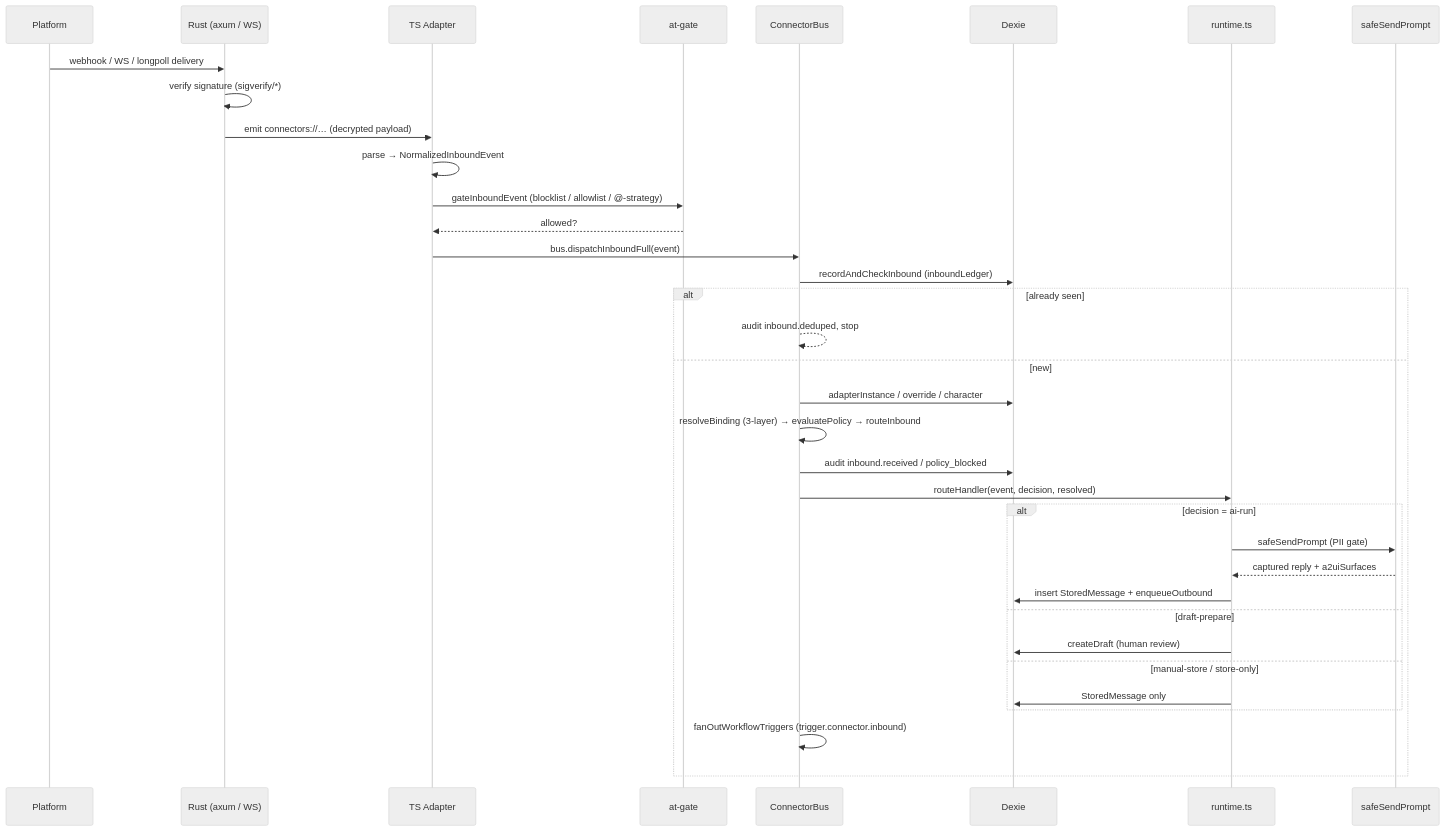
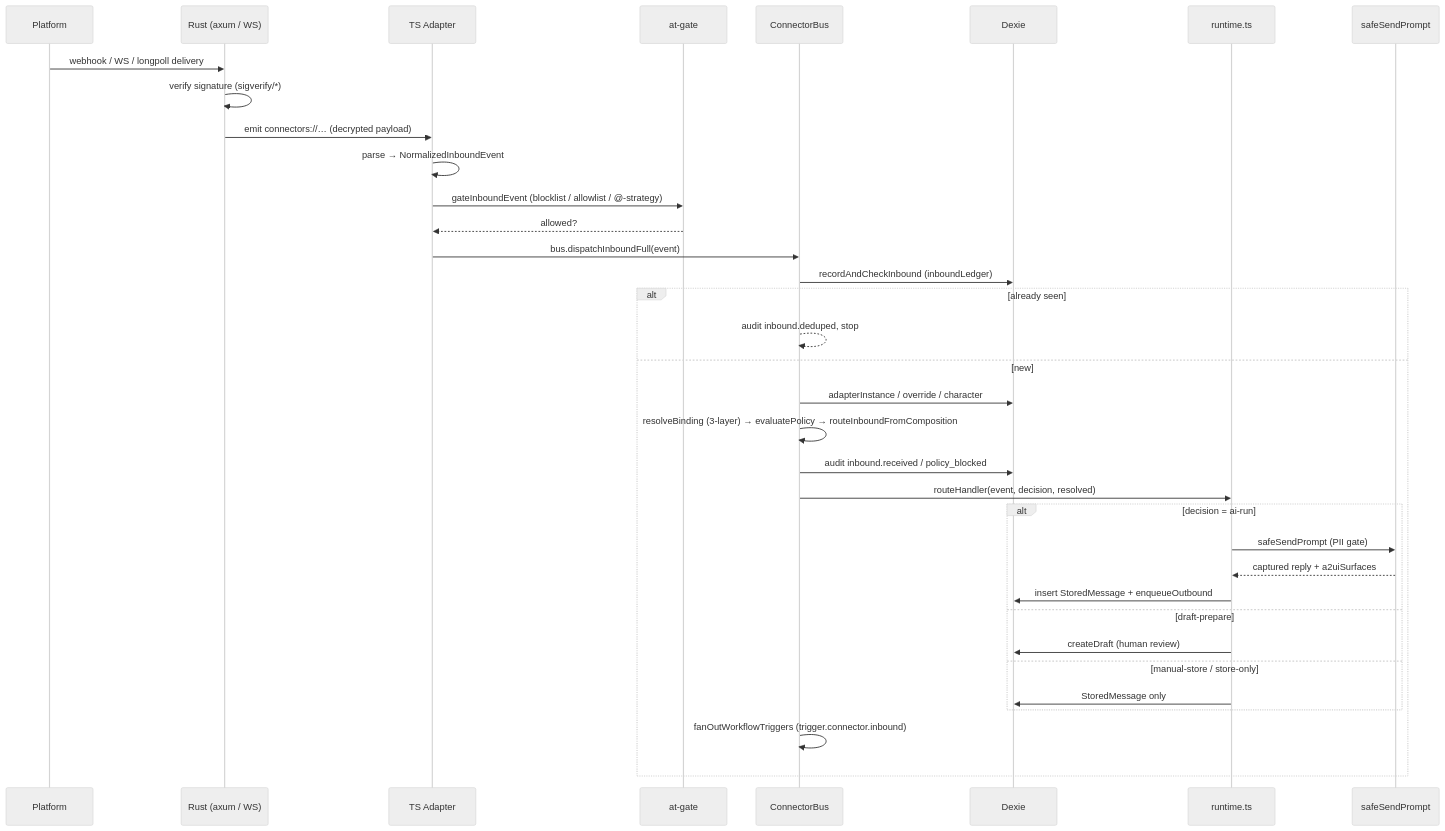
Before and after one commit to MaxQian888/cognia-next: the second of 3 diagrams in docs/content/docs/en/subsystems/platform-connectors/index.mdx, drawn with Mermaid (neutral theme). The commit also changed 14 other files, not shown here.

````diff
--- a/docs/content/docs/en/subsystems/platform-connectors/index.mdx
+++ b/docs/content/docs/en/subsystems/platform-connectors/index.mdx
@@ -155,38 +155,38 @@
 ```mermaid
 sequenceDiagram
   participant P as Platform
   participant R as Rust (axum / WS)
   participant A as TS Adapter
   participant G as at-gate
   participant B as ConnectorBus
   participant D as Dexie
   participant Run as runtime.ts
   participant AI as safeSendPrompt
 
   P->>R: webhook / WS / longpoll delivery
   R->>R: verify signature (sigverify/*)
   R->>A: emit connectors://… (decrypted payload)
   A->>A: parse → NormalizedInboundEvent
   A->>G: gateInboundEvent (blocklist / allowlist / @-strategy)
   G-->>A: allowed?
   A->>B: bus.dispatchInboundFull(event)
   B->>D: recordAndCheckInbound (inboundLedger)
   alt already seen
     B-->>B: audit inbound.deduped, stop
   else new
     B->>D: adapterInstance / override / character
-    B->>B: resolveBinding (3-layer) → evaluatePolicy → routeInbound
+    B->>B: resolveBinding (3-layer) → evaluatePolicy → routeInboundFromComposition
     B->>D: audit inbound.received / policy_blocked
     B->>Run: routeHandler(event, decision, resolved)
     alt decision = ai-run
       Run->>AI: safeSendPrompt (PII gate)
       AI-->>Run: captured reply + a2uiSurfaces
       Run->>D: insert StoredMessage + enqueueOutbound
     else draft-prepare
       Run->>D: createDraft (human review)
     else manual-store / store-only
       Run->>D: StoredMessage only
     end
     B->>B: fanOutWorkflowTriggers (trigger.connector.inbound)
   end
 ```
````
